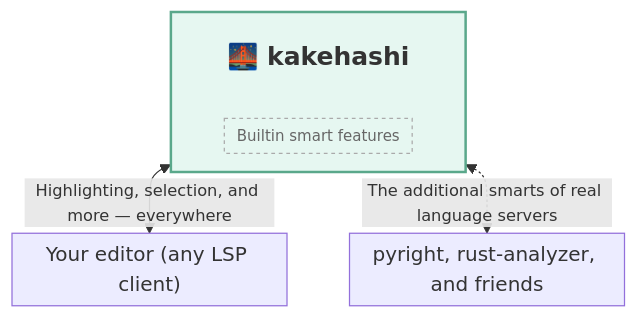
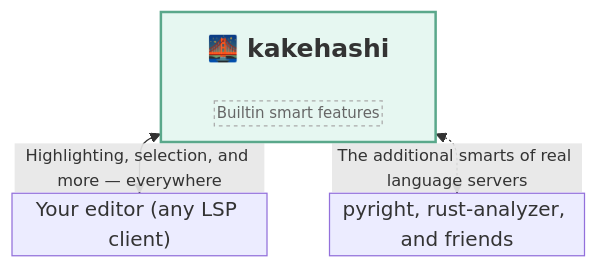
Before and after one commit to atusy/kakehashi: the diagram in README.md, drawn with Mermaid.

Commit message:
docs: minimize README diagram spacing
Use Mermaid's smallest effective positive padding and rank spacing to make the kakehashi container as compact as possible without falling back to default spacing.

````diff
--- a/README.md
+++ b/README.md
@@ -11,21 +11,21 @@
 ```mermaid
 ---
 config:
   flowchart:
-    padding: 5
-    rankSpacing: 5
+    padding: 1
+    rankSpacing: 1
 ---
 flowchart TB
     subgraph K[" "]
         direction TB
         T["🌉 kakehashi"] ~~~ B["Builtin smart features"]
     end
 
     K <--->|Highlighting, selection, and more — everywhere| E["Your editor (any LSP client)"]
     K <-..->|The additional smarts of real language servers| LS["pyright, rust-analyzer, and friends"]
 
     style K fill:#e6f7f1,stroke:#5aa88b,stroke-width:2px
     style T fill:transparent,stroke:transparent,font-size:20px,font-weight:bold
     style B fill:transparent,stroke:#aaa,stroke-dasharray:3 3,color:#666,font-size:12px
     linkStyle 1,2 font-size:13px
 ```
````
